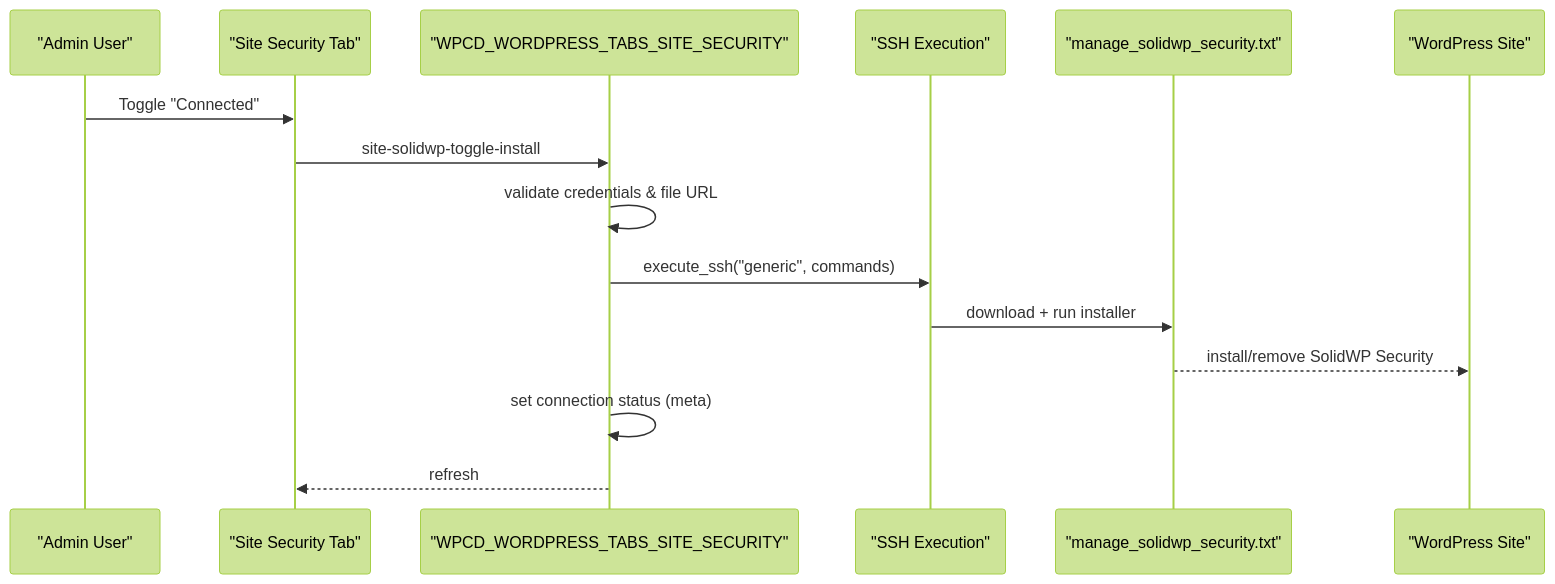
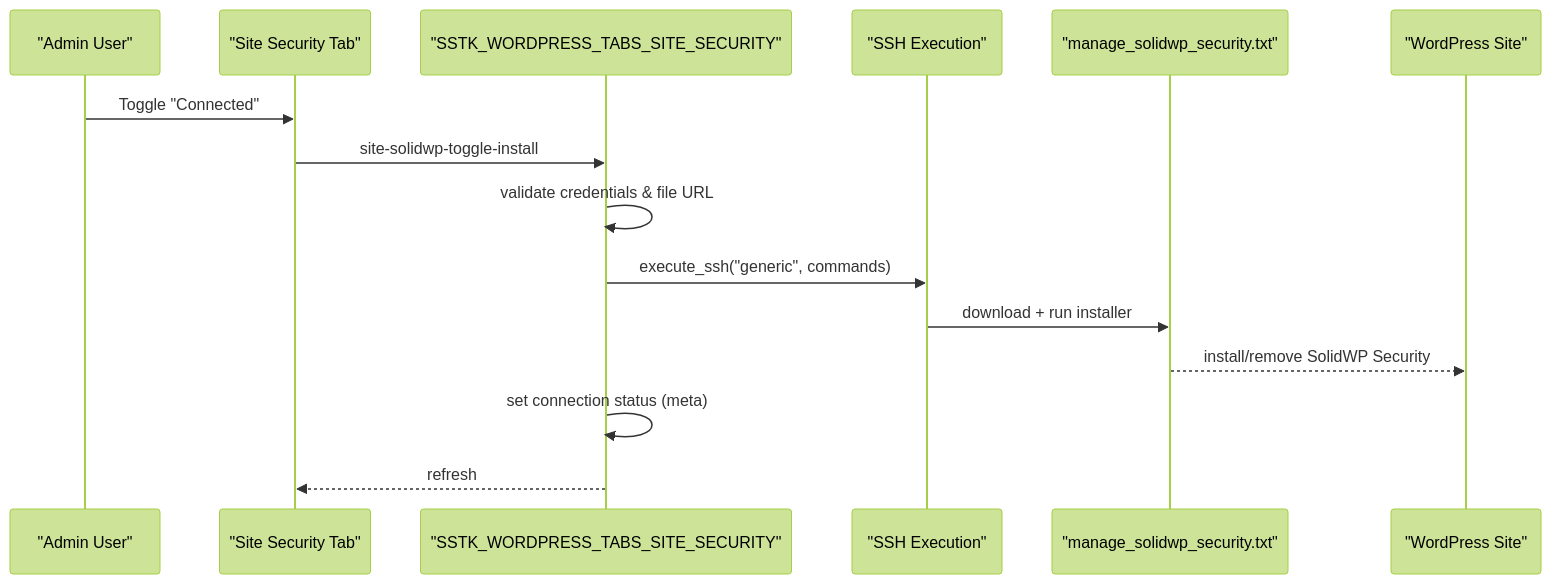
Before and after one commit to onedogsolutions/simple-stack: the second of 5 diagrams in .qoder/repowiki/en/content/Operational Tools/Security Hardening Tools/WordPress Security Hardening.md, drawn with Mermaid (forest theme). The commit also changed other lines of this file and 5941 other files, not shown here.

````diff
--- a/.qoder/repowiki/en/content/Operational Tools/Security Hardening Tools/WordPress Security Hardening.md
+++ b/.qoder/repowiki/en/content/Operational Tools/Security Hardening Tools/WordPress Security Hardening.md
@@ -94,17 +94,17 @@
 ```mermaid
 sequenceDiagram
 participant Admin as "Admin User"
 participant UI as "Site Security Tab"
-participant Core as "WPCD_WORDPRESS_TABS_SITE_SECURITY"
+participant Core as "SSTK_WORDPRESS_TABS_SITE_SECURITY"
 participant SSH as "SSH Execution"
 participant Script as "manage_solidwp_security.txt"
 participant WP as "WordPress Site"
 Admin->>UI : Toggle "Connected"
 UI->>Core : site-solidwp-toggle-install
 Core->>Core : validate credentials & file URL
 Core->>SSH : execute_ssh("generic", commands)
 SSH->>Script : download + run installer
 Script-->>WP : install/remove SolidWP Security
 Core->>Core : set connection status (meta)
 Core-->>UI : refresh
 ```
````
